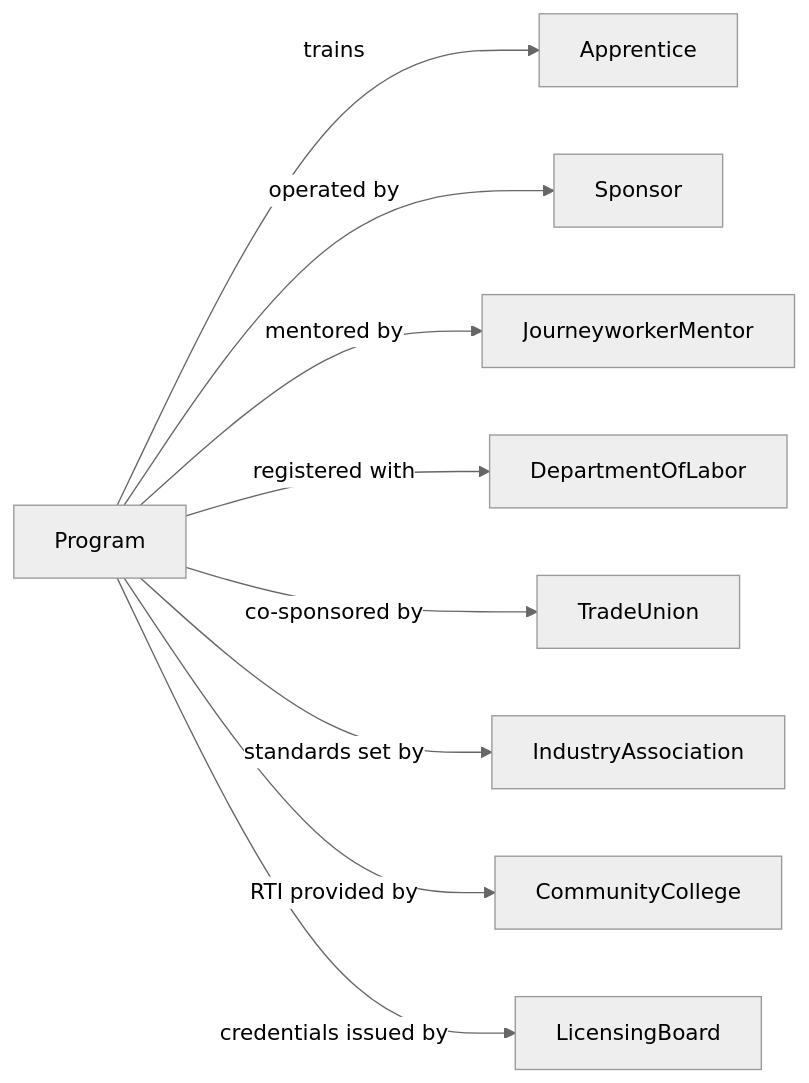
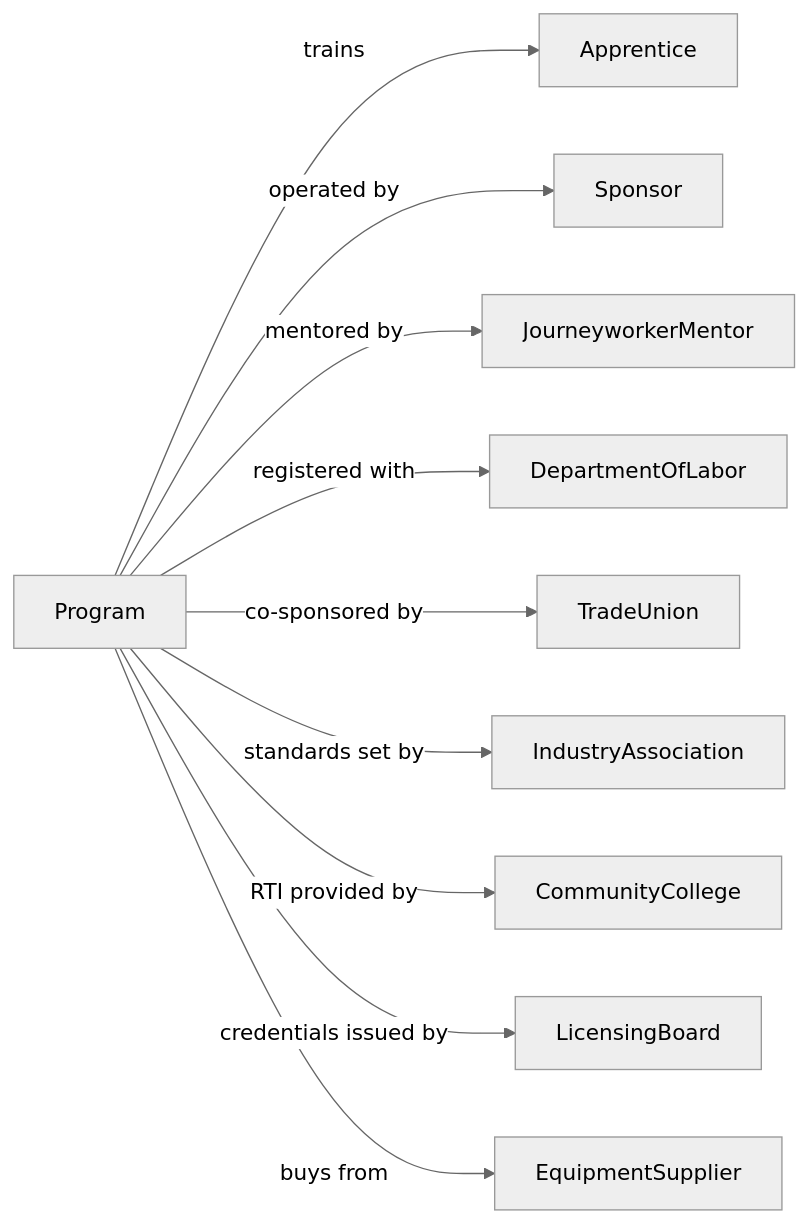
The second of 2 diagrams in Education/Education/TechnicalAndTradeSchools/ApprenticeshipTraining.mdx (dot-org-ai/industries.org.ai), drawn with Mermaid (neutral theme) before and after one commit. The commit also changed 588 other files, not shown here.

````diff
--- a/Education/Education/TechnicalAndTradeSchools/ApprenticeshipTraining.mdx
+++ b/Education/Education/TechnicalAndTradeSchools/ApprenticeshipTraining.mdx
@@ -142,13 +142,14 @@
 ```mermaid
 graph LR
     P[Program]
 
     P -->|trains| Apprentice
     P -->|operated by| Sponsor
     P -->|mentored by| JourneyworkerMentor
     P -->|registered with| DepartmentOfLabor
     P -->|co-sponsored by| TradeUnion
     P -->|standards set by| IndustryAssociation
     P -->|RTI provided by| CommunityCollege
     P -->|credentials issued by| LicensingBoard
+    P -->|buys from| EquipmentSupplier
 ```
````
